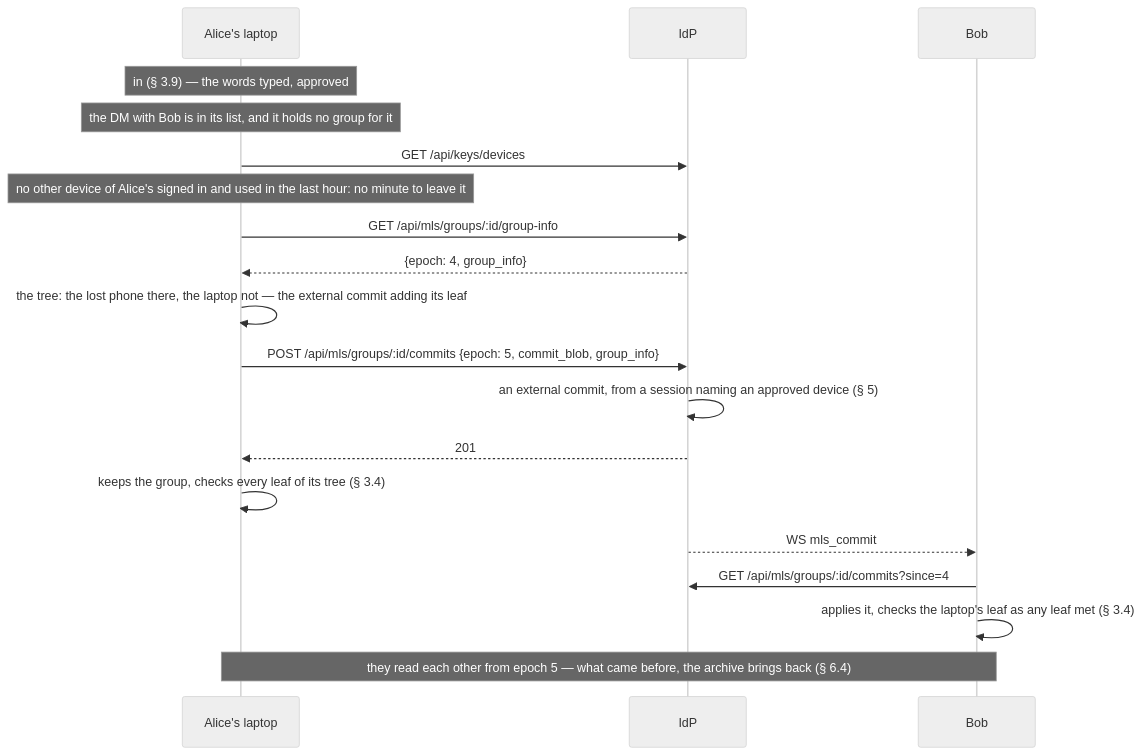
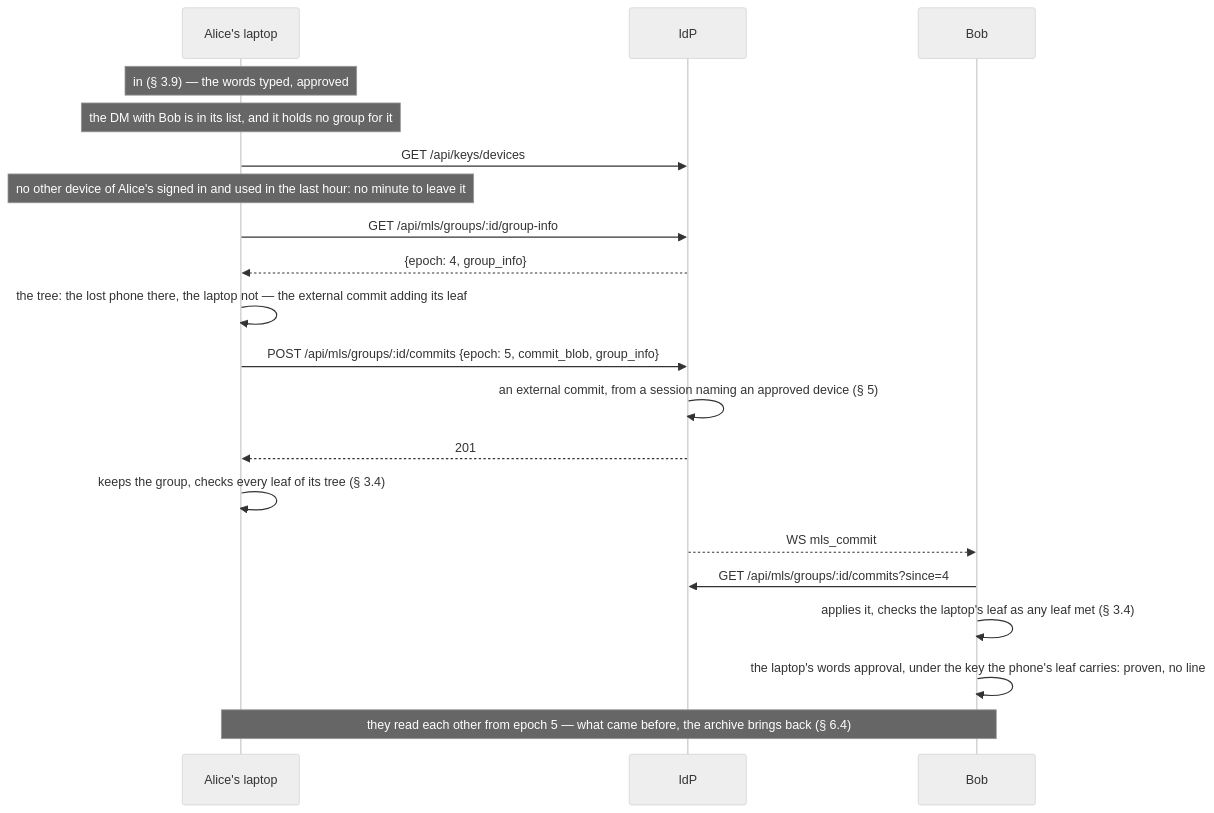
Before and after one commit to Pina-i/pinai: diagram 21 of 22 in identity-provider/specs/e2ee.md, drawn with Mermaid (neutral theme). The commit also changed other lines of this file, not shown here.

````diff
--- a/identity-provider/specs/e2ee.md
+++ b/identity-provider/specs/e2ee.md
@@ -2262,21 +2300,22 @@
 ```mermaid
 sequenceDiagram
     participant L as Alice's laptop
     participant I as IdP
     participant B as Bob
     Note over L: in (§ 3.9) — the words typed, approved
     Note over L: the DM with Bob is in its list, and it holds no group for it
     L->>I: GET /api/keys/devices
     Note over L: no other device of Alice's signed in and used in the last hour: no minute to leave it
     L->>I: GET /api/mls/groups/:id/group-info
     I-->>L: {epoch: 4, group_info}
     L->>L: the tree: the lost phone there, the laptop not — the external commit adding its leaf
     L->>I: POST /api/mls/groups/:id/commits {epoch: 5, commit_blob, group_info}
     I->>I: an external commit, from a session naming an approved device (§ 5)
     I-->>L: 201
     L->>L: keeps the group, checks every leaf of its tree (§ 3.4)
     I-->>B: WS mls_commit
     B->>I: GET /api/mls/groups/:id/commits?since=4
     B->>B: applies it, checks the laptop's leaf as any leaf met (§ 3.4)
+    B->>B: the laptop's words approval, under the key the phone's leaf carries: proven, no line
     Note over L,B: they read each other from epoch 5 — what came before, the archive brings back (§ 6.4)
 ```
````
